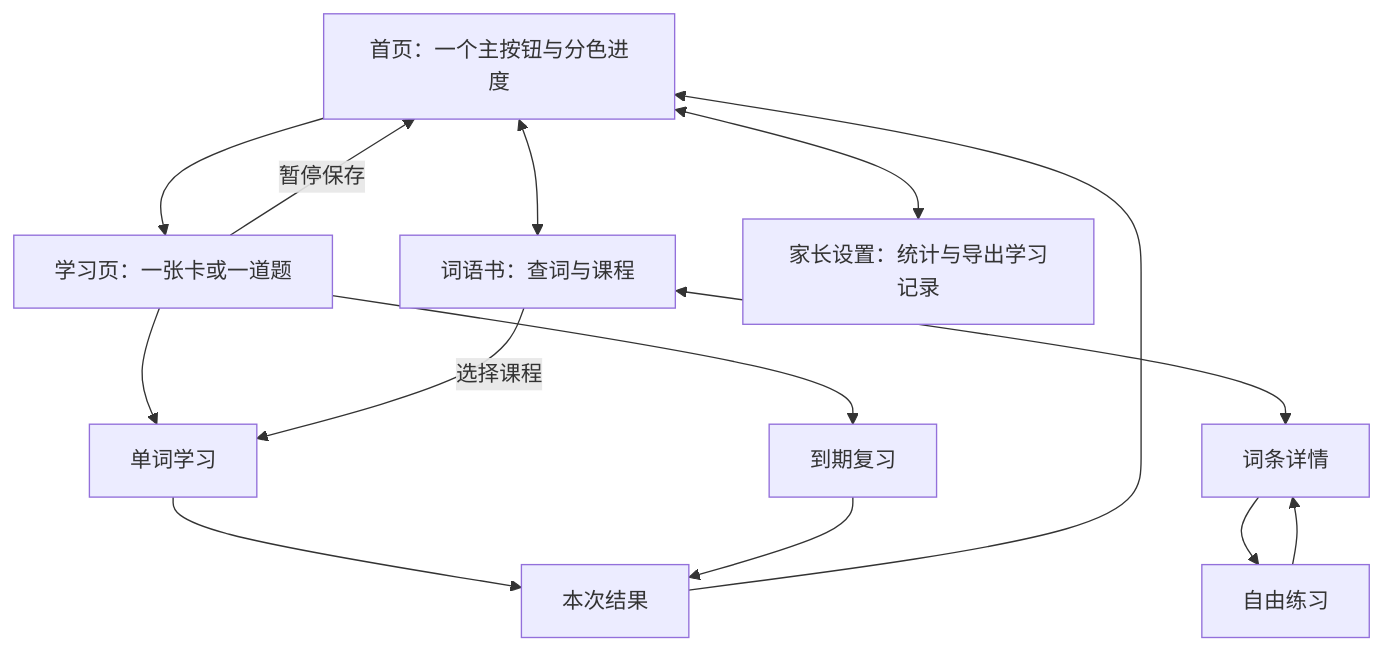
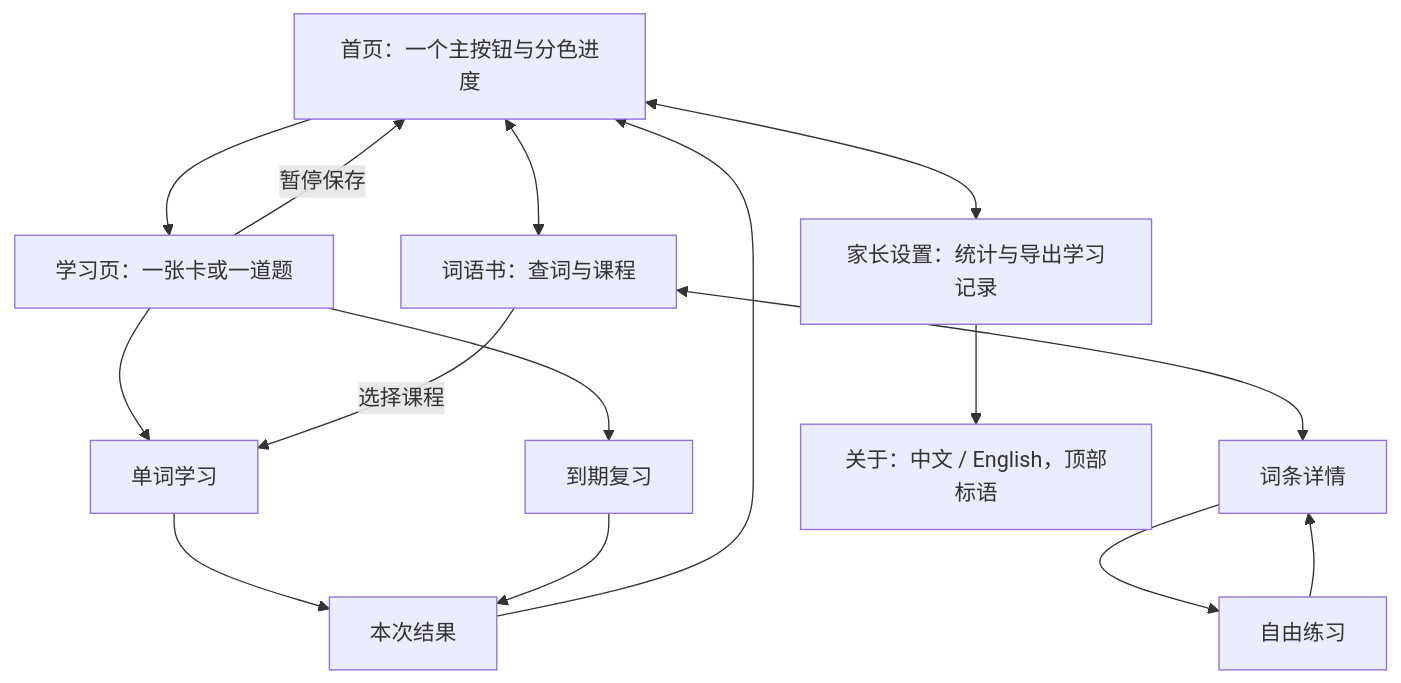
The first of 8 diagrams in docs/ux/UX_DESIGN.md (Doraemonls/LittleEnglish850), drawn with Mermaid before and after one commit. The commit also changed other lines of this file and 15 other files, not shown here.

````diff
--- a/docs/ux/UX_DESIGN.md
+++ b/docs/ux/UX_DESIGN.md
@@ -9,25 +9,26 @@
 ```mermaid
 flowchart TB
     H["首页：一个主按钮与分色进度"]
     L["学习页：一张卡或一道题"]
     B["词语书：查词与课程"]
     P["家长设置：统计与导出学习记录"]
     W["单词学习"]
     R["到期复习"]
     D["词条详情"]
     F["自由练习"]
     E["本次结果"]
     H --> L
     H <--> B
     H <--> P
+    P --> A["关于：中文 / English，顶部标语"]
     L --> W
     L --> R
     B -->|"选择课程"| W
     B <--> D
     D --> F
     W --> E
     R --> E
     F --> D
     E --> H
     L -->|"暂停保存"| H
 ```
````
